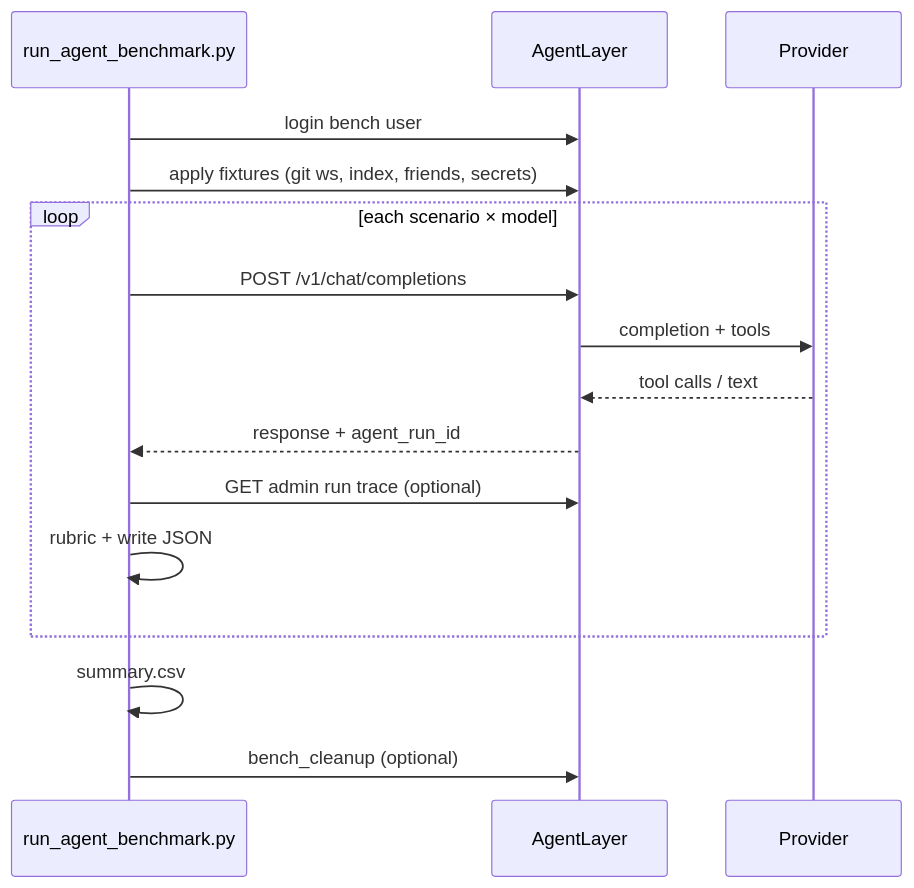
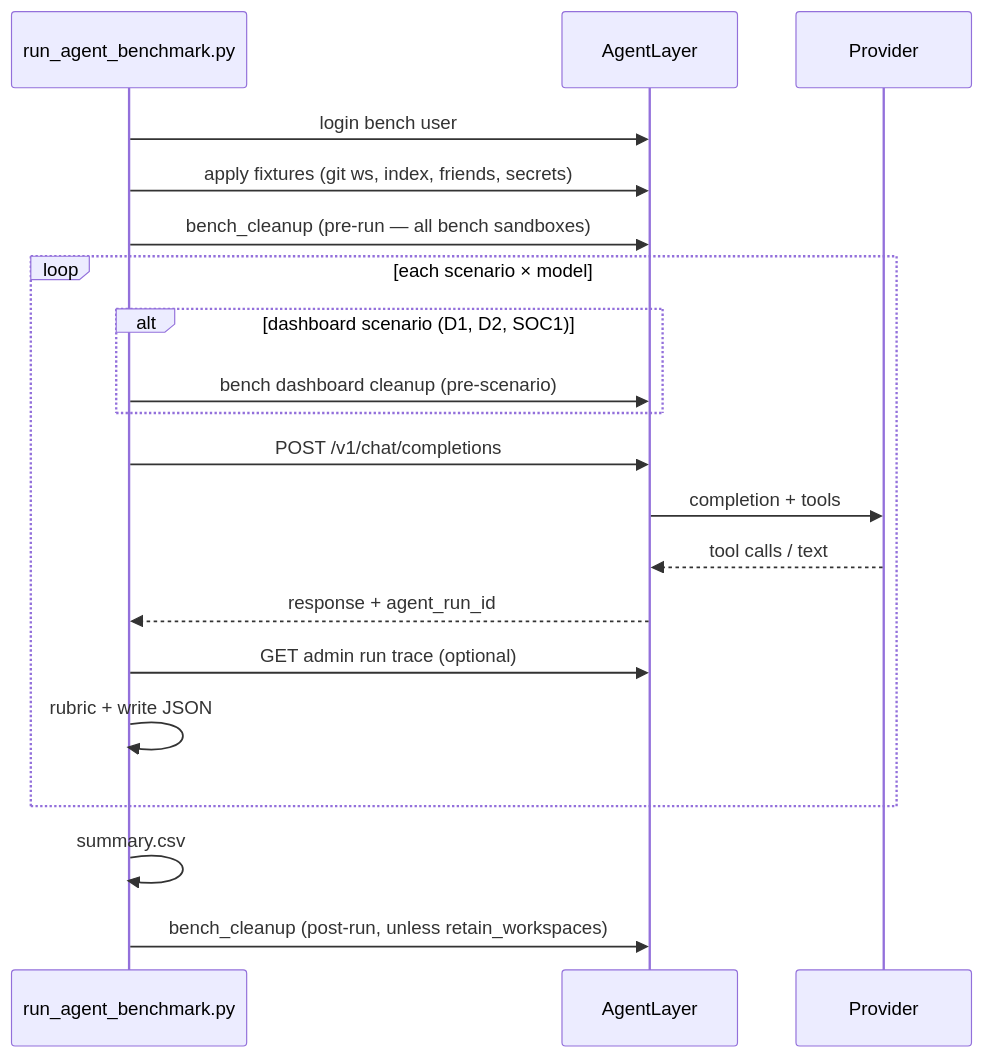
The diagram in docs/benchmarks/agent-llm-benchmark.md (fr4iser90/AgentLayer), drawn with Mermaid before and after one commit. The commit also changed other lines of this file and 5 other files, not shown here.

````diff
--- a/docs/benchmarks/agent-llm-benchmark.md
+++ b/docs/benchmarks/agent-llm-benchmark.md
@@ -145,19 +179,23 @@
 ```mermaid
 sequenceDiagram
   participant Script as run_agent_benchmark.py
   participant API as AgentLayer
   participant LLM as Provider
 
   Script->>API: login bench user
   Script->>API: apply fixtures (git ws, index, friends, secrets)
+  Script->>API: bench_cleanup (pre-run — all bench sandboxes)
   loop each scenario × model
+    alt dashboard scenario (D1, D2, SOC1)
+      Script->>API: bench dashboard cleanup (pre-scenario)
+    end
     Script->>API: POST /v1/chat/completions
     API->>LLM: completion + tools
     LLM-->>API: tool calls / text
     API-->>Script: response + agent_run_id
     Script->>API: GET admin run trace (optional)
     Script->>Script: rubric + write JSON
   end
   Script->>Script: summary.csv
-  Script->>API: bench_cleanup (optional)
+  Script->>API: bench_cleanup (post-run, unless retain_workspaces)
 ```
````
